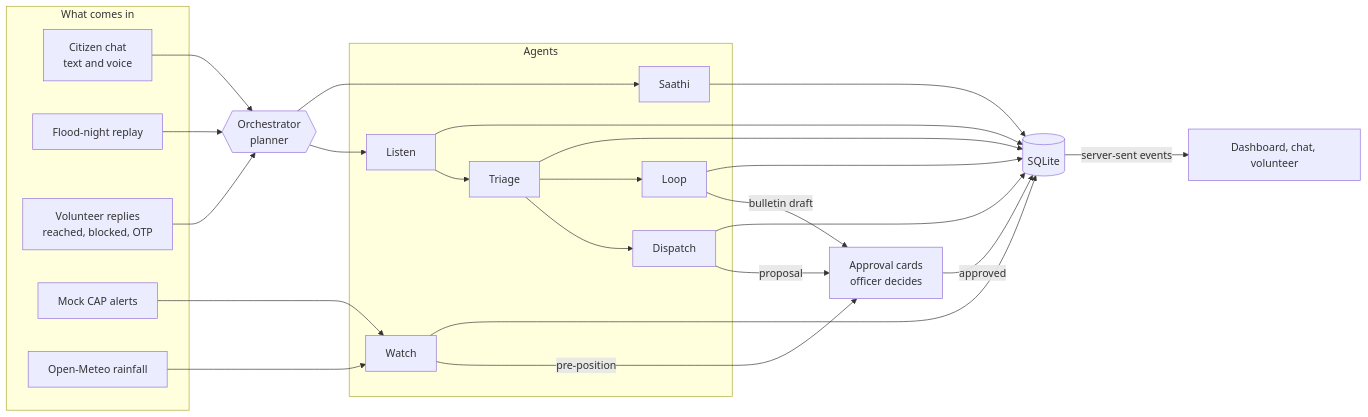
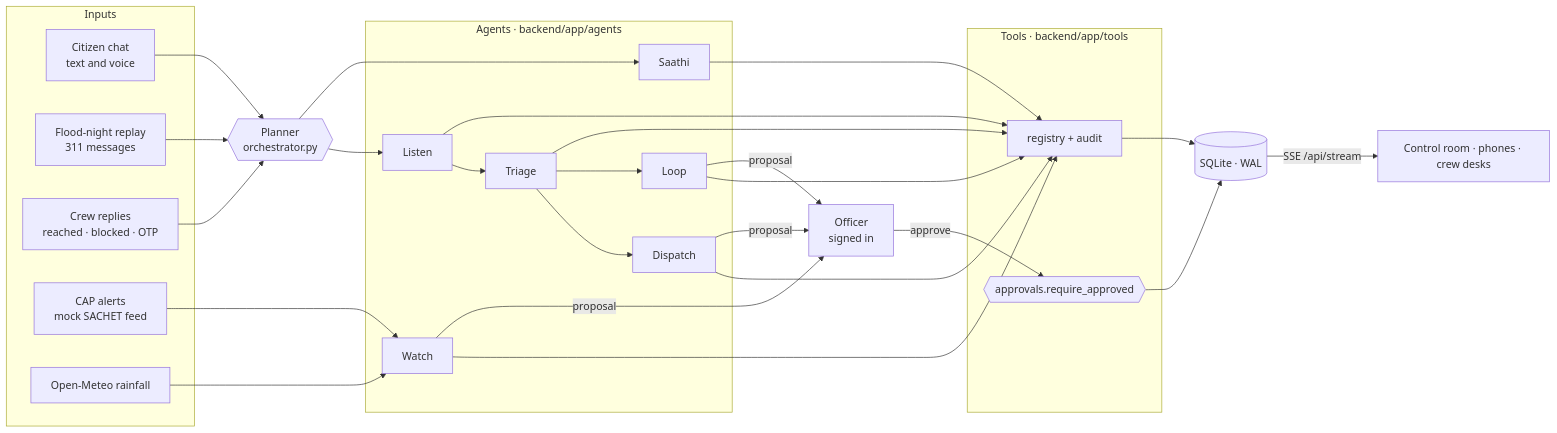
One commit to vrxshxli/Pukaar changed the second of 2 diagrams in README.md. Above: the diagram before and after it, drawn with Mermaid. The commit also changed other lines of this file and 63 other files, not shown here.

````diff
--- a/README.md
+++ b/README.md
@@ -26,35 +132,34 @@
 ```mermaid
 flowchart LR
-  subgraph In["What comes in"]
+  subgraph In["Inputs"]
     C[Citizen chat<br/>text and voice]
-    R[Flood-night replay]
-    V[Volunteer replies<br/>reached, blocked, OTP]
-    A[Mock CAP alerts]
+    R[Flood-night replay<br/>311 messages]
+    V[Crew replies<br/>reached · blocked · OTP]
+    A[CAP alerts<br/>mock SACHET feed]
     W[Open-Meteo rainfall]
   end
-  O{{Orchestrator<br/>planner}}
-  subgraph Agents
+  O{{Planner<br/>orchestrator.py}}
+  subgraph Agents["Agents · backend/app/agents"]
     L[Listen]
     S[Saathi]
     T[Triage]
     D[Dispatch]
     LP[Loop]
     WA[Watch]
   end
-  AP[Approval cards<br/>officer decides]
-  DB[(SQLite)]
-  C --> O
-  R --> O
-  V --> O
-  A --> WA
-  W --> WA
+  subgraph Tools["Tools · backend/app/tools"]
+    TR[registry + audit]
+    G{{approvals.require_approved}}
+  end
+  DB[(SQLite · WAL)]
+  OF[Officer<br/>signed in]
+  C & R & V --> O
+  A & W --> WA
   O --> L --> T --> D
   O --> S
   T --> LP
-  D -->|proposal| AP
-  WA -->|pre-position| AP
-  LP -->|bulletin draft| AP
-  AP -->|approved| DB
-  L & T & D & LP & S & WA --> DB
-  DB -->|server-sent events| Dash[Dashboard, chat, volunteer]
+  L & T & D & LP & S & WA --> TR --> DB
+  D & WA & LP -->|proposal| OF
+  OF -->|approve| G --> DB
+  DB -->|SSE /api/stream| UI[Control room · phones · crew desks]
 ```
````
